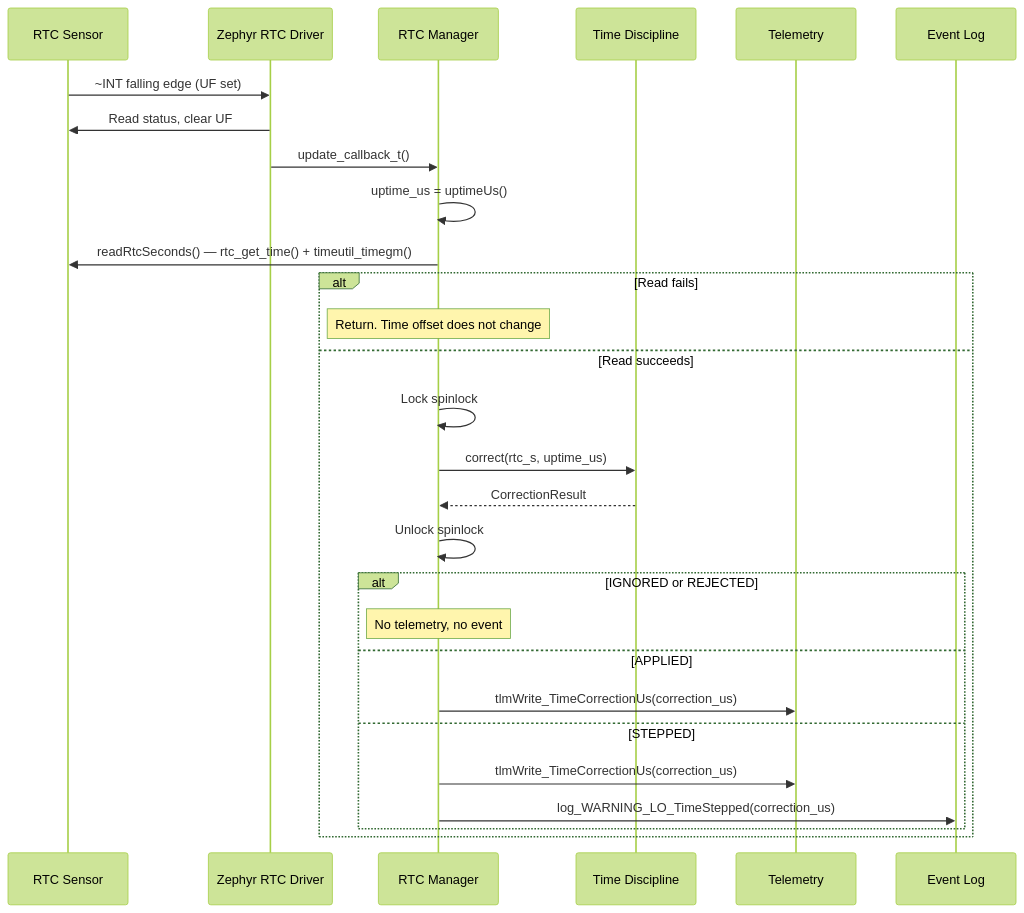
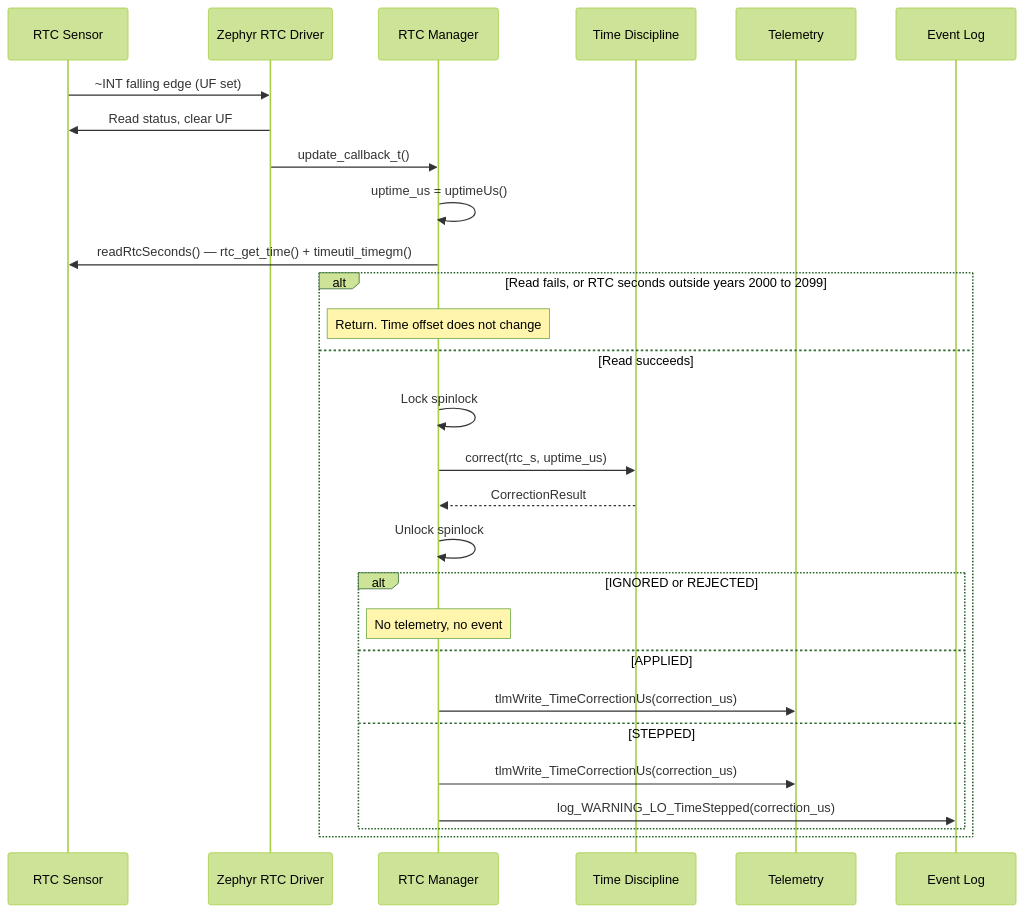
The fifth of 18 diagrams in docs-site/components/RtcManager.md (Open-Source-Space-Foundation/proves-core-reference), drawn with Mermaid (forest theme) before and after one commit. The commit also changed other lines of this file and 7 other files, not shown here.

````diff
--- a/docs-site/components/RtcManager.md
+++ b/docs-site/components/RtcManager.md
@@ -340,31 +349,31 @@
 ```mermaid
 sequenceDiagram
     participant RTC Sensor
     participant Zephyr RTC Driver
     participant RTC Manager
     participant Time Discipline
     participant Telemetry
     participant Event Log
 
     RTC Sensor->>Zephyr RTC Driver: ~INT falling edge (UF set)
     Zephyr RTC Driver->>RTC Sensor: Read status, clear UF
     Zephyr RTC Driver->>RTC Manager: update_callback_t()
     RTC Manager->>RTC Manager: uptime_us = uptimeUs()
     RTC Manager->>RTC Sensor: readRtcSeconds() — rtc_get_time() + timeutil_timegm()
-    alt Read fails
+    alt Read fails, or RTC seconds outside years 2000 to 2099
         Note over RTC Manager: Return. Time offset does not change
     else Read succeeds
         RTC Manager->>RTC Manager: Lock spinlock
         RTC Manager->>Time Discipline: correct(rtc_s, uptime_us)
         Time Discipline-->>RTC Manager: CorrectionResult
         RTC Manager->>RTC Manager: Unlock spinlock
         alt IGNORED or REJECTED
             Note over RTC Manager: No telemetry, no event
         else APPLIED
             RTC Manager->>Telemetry: tlmWrite_TimeCorrectionUs(correction_us)
         else STEPPED
             RTC Manager->>Telemetry: tlmWrite_TimeCorrectionUs(correction_us)
             RTC Manager->>Event Log: log_WARNING_LO_TimeStepped(correction_us)
         end
     end
 ```
````
